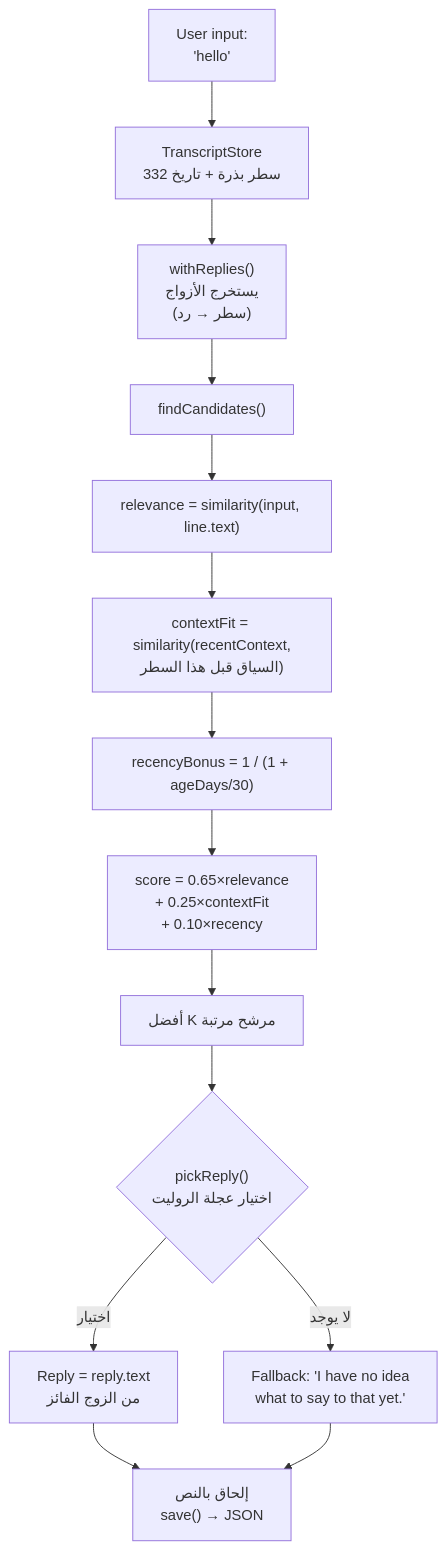
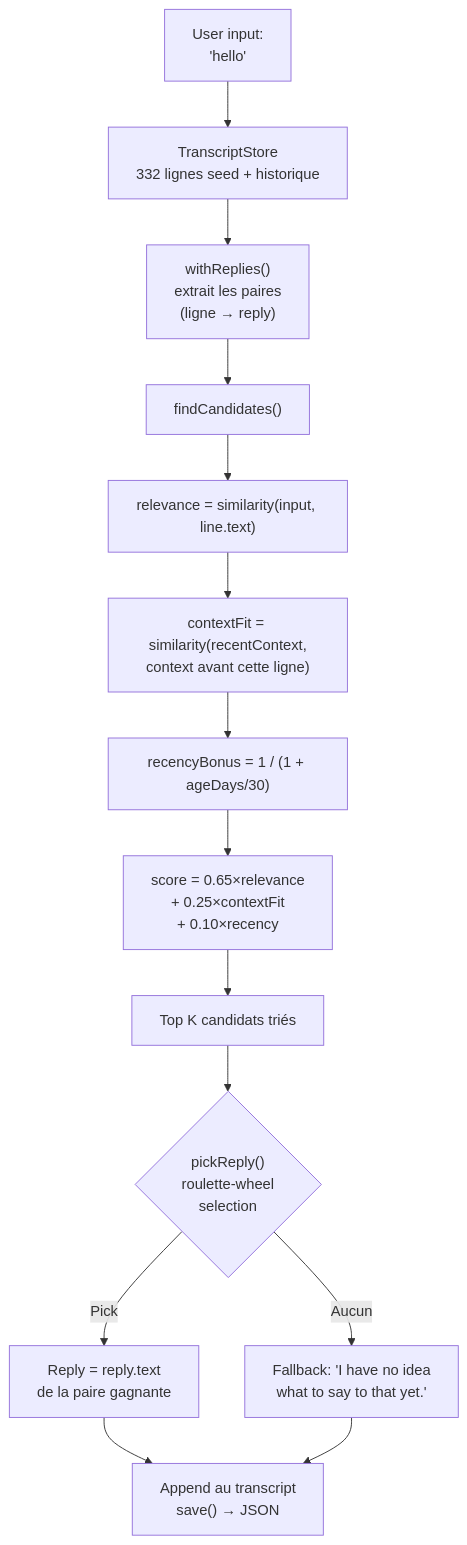
One commit to fox3000foxy/fox3000foxy.github.io changed the second of 2 diagrams in public/articles/ar/from-eliza-to-llm-chatbots-typescript.md. Above: the diagram before and after it, drawn with Mermaid. The commit also changed other lines of this file and 576 other files, not shown here.

````diff
--- a/public/articles/ar/from-eliza-to-llm-chatbots-typescript.md
+++ b/public/articles/ar/from-eliza-to-llm-chatbots-typescript.md
@@ -308,16 +307,16 @@
 ```mermaid
 flowchart TD
-    A["User input:<br>'hello'"] --> B["TranscriptStore<br>332 سطر بذرة + تاريخ"]
-    B --> C["withReplies()<br>يستخرج الأزواج<br>(سطر → رد)"]
+    A["User input:<br>'hello'"] --> B["TranscriptStore<br>332 lignes seed + historique"]
+    B --> C["withReplies()<br>extrait les paires<br>(ligne → reply)"]
     C --> D["findCandidates()"]
     D --> E["relevance = similarity(input, line.text)"]
-    E --> F["contextFit = similarity(recentContext,<br>السياق قبل هذا السطر)"]
+    E --> F["contextFit = similarity(recentContext,<br>context avant cette ligne)"]
     F --> G["recencyBonus = 1 / (1 + ageDays/30)"]
     G --> H["score = 0.65×relevance<br>+ 0.25×contextFit<br>+ 0.10×recency"]
-    H --> I["أفضل K مرشح مرتبة"]
-    I --> J{"pickReply()<br>اختيار عجلة الروليت"}
-    J -->|"اختيار"| K["Reply = reply.text<br>من الزوج الفائز"]
-    J -->|"لا يوجد"| L["Fallback: 'I have no idea<br>what to say to that yet.'"]
-    K --> M["إلحاق بالنص<br>save() → JSON"]
+    H --> I["Top K candidats triés"]
+    I --> J{"pickReply()<br>roulette-wheel<br>selection"}
+    J -->|"Pick"| K["Reply = reply.text<br>de la paire gagnante"]
+    J -->|"Aucun"| L["Fallback: 'I have no idea<br>what to say to that yet.'"]
+    K --> M["Append au transcript<br>save() → JSON"]
     L --> M
 ```
````
